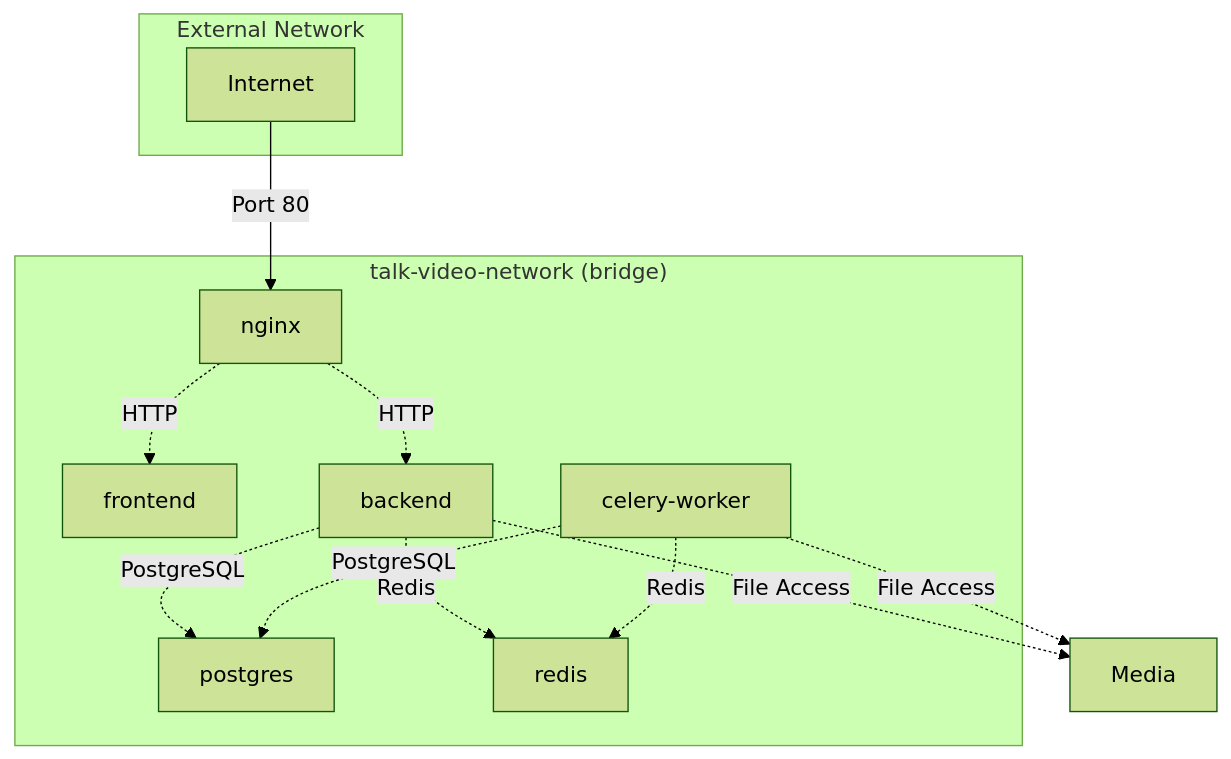
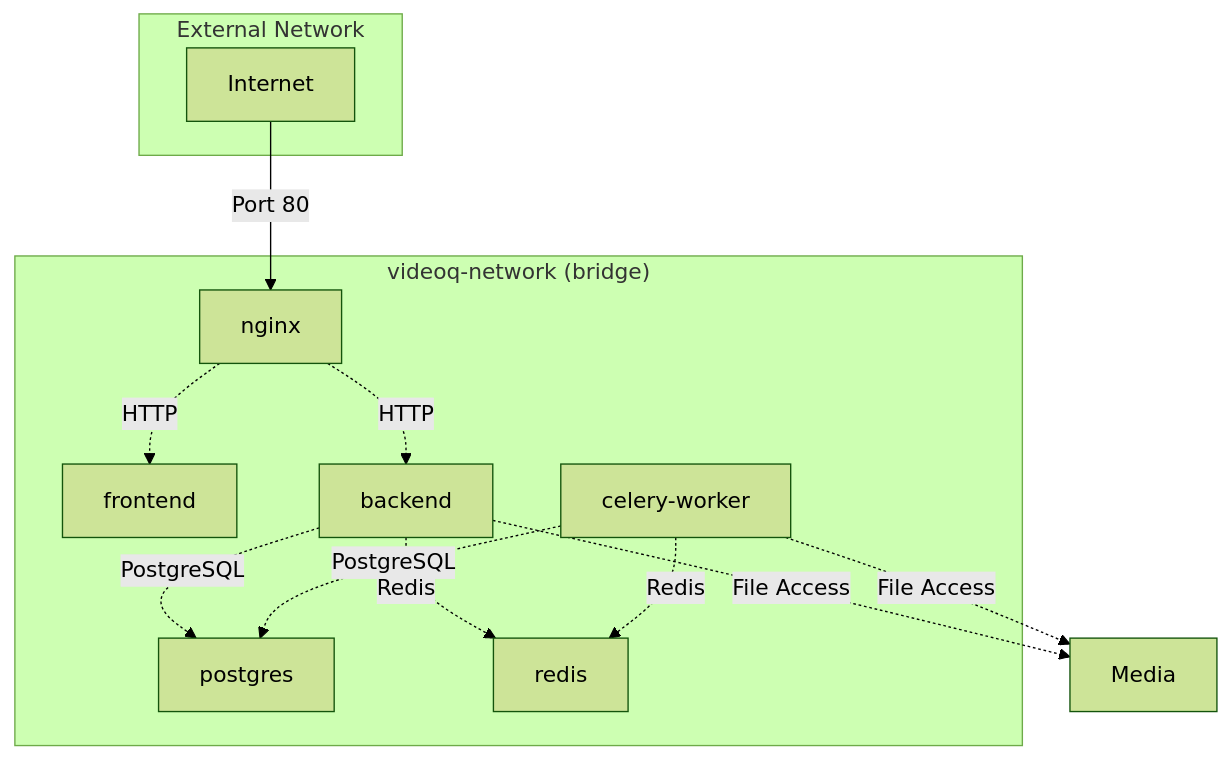
One commit to yukiharada1228/videoq changed the third of 7 diagrams in docs/design/deployment-diagram.md. Above: the diagram before and after it, drawn with Mermaid (forest theme). The commit also changed other lines of this file and 35 other files, not shown here.

First line of the commit message:
Rename talk-vid to VideoQ

````diff
--- a/docs/design/deployment-diagram.md
+++ b/docs/design/deployment-diagram.md
@@ -103,26 +103,26 @@
 ```mermaid
 graph TB
-    subgraph Network["talk-video-network (bridge)"]
+    subgraph Network["videoq-network (bridge)"]
         N1[nginx]
         N2[frontend]
         N3[backend]
         N4[celery-worker]
         N5[postgres]
         N6[redis]
     end
     
     N1 -.->|HTTP| N2
     N1 -.->|HTTP| N3
     N3 -.->|PostgreSQL| N5
     N3 -.->|Redis| N6
     N4 -.->|Redis| N6
     N4 -.->|PostgreSQL| N5
     N3 -.->|File Access| Media
     N4 -.->|File Access| Media
     
     subgraph ExternalNetwork["External Network"]
         Internet[Internet]
     end
     
     Internet -->|Port 80| N1
 ```
````
